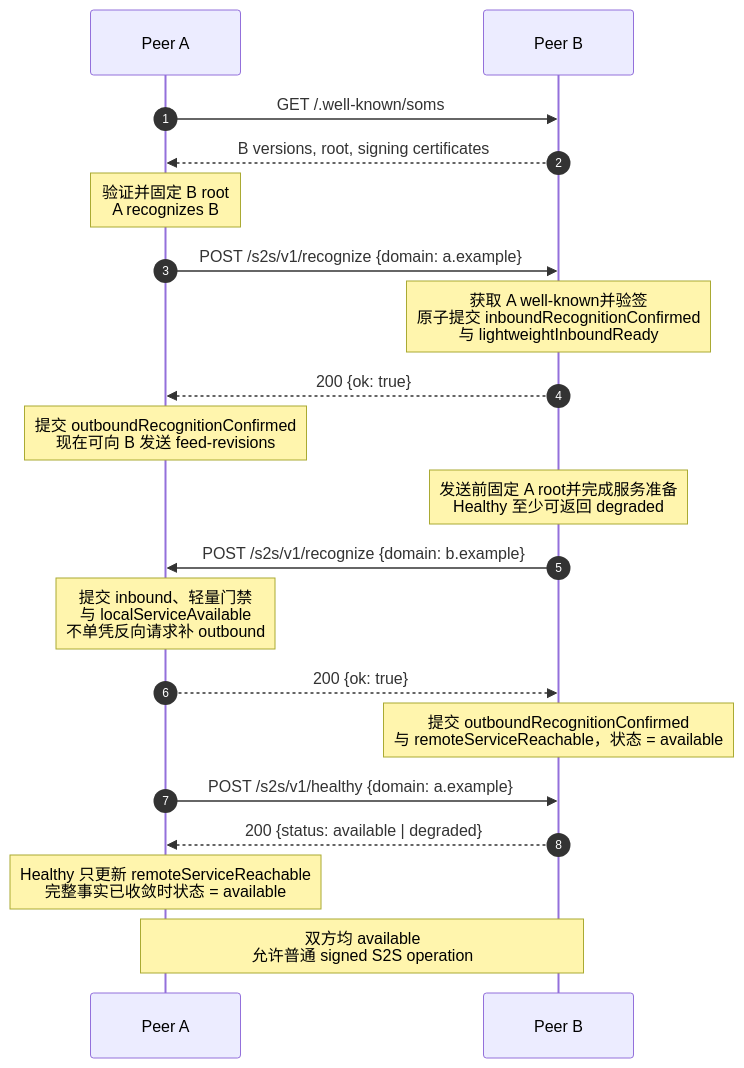
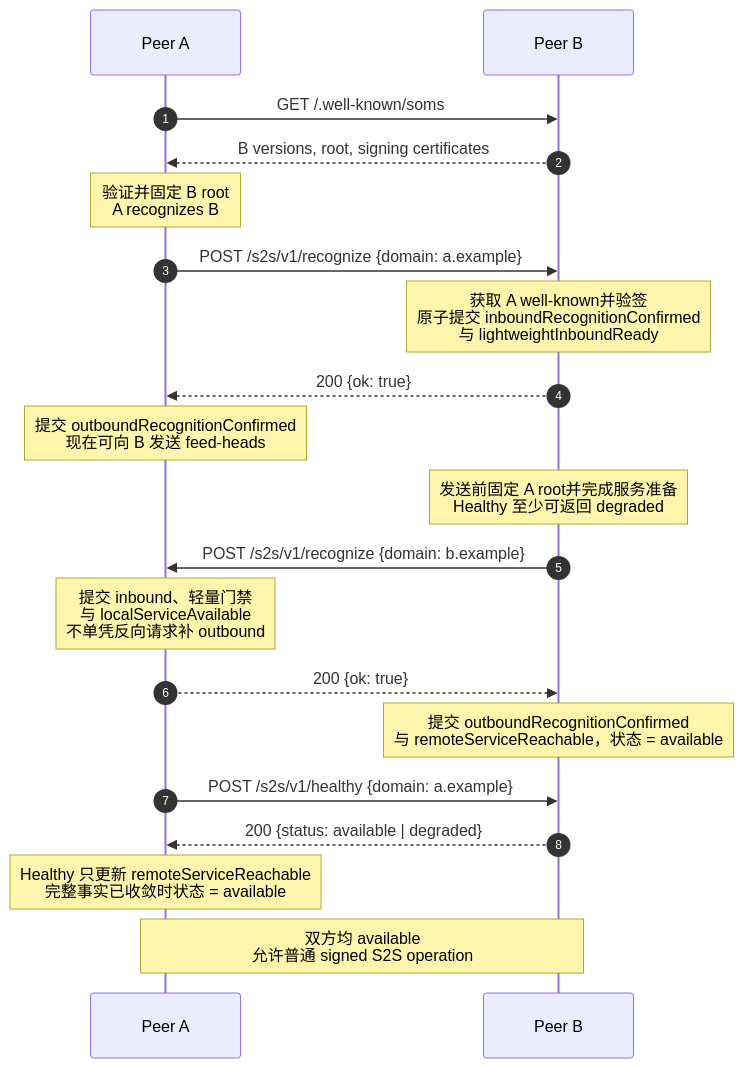
The second of 3 diagrams in docs/federation/spec/v1/recognition.md (hapood/simple-open-messaging-service), drawn with Mermaid before and after one commit. The commit also changed other lines of this file and 108 other files, not shown here.

````diff
--- a/docs/federation/spec/v1/recognition.md
+++ b/docs/federation/spec/v1/recognition.md
@@ -308,26 +308,26 @@
 ```mermaid
 sequenceDiagram
     autonumber
     participant A as Peer A
     participant B as Peer B
 
     A->>B: GET /.well-known/soms
     B-->>A: B versions, root, signing certificates
     Note over A: 验证并固定 B root<br/>A recognizes B
     A->>B: POST /s2s/v1/recognize {domain: a.example}
     Note over B: 获取 A well-known并验签<br/>原子提交 inboundRecognitionConfirmed<br/>与 lightweightInboundReady
     B-->>A: 200 {ok: true}
-    Note over A: 提交 outboundRecognitionConfirmed<br/>现在可向 B 发送 feed-revisions
+    Note over A: 提交 outboundRecognitionConfirmed<br/>现在可向 B 发送 feed-heads
 
     Note over B: 发送前固定 A root并完成服务准备<br/>Healthy 至少可返回 degraded
     B->>A: POST /s2s/v1/recognize {domain: b.example}
     Note over A: 提交 inbound、轻量门禁<br/>与 localServiceAvailable<br/>不单凭反向请求补 outbound
     A-->>B: 200 {ok: true}
     Note over B: 提交 outboundRecognitionConfirmed<br/>与 remoteServiceReachable，状态 = available
 
     A->>B: POST /s2s/v1/healthy {domain: a.example}
     B-->>A: 200 {status: available | degraded}
     Note over A: Healthy 只更新 remoteServiceReachable<br/>完整事实已收敛时状态 = available
 
     Note over A,B: 双方均 available<br/>允许普通 signed S2S operation
 ```
````
